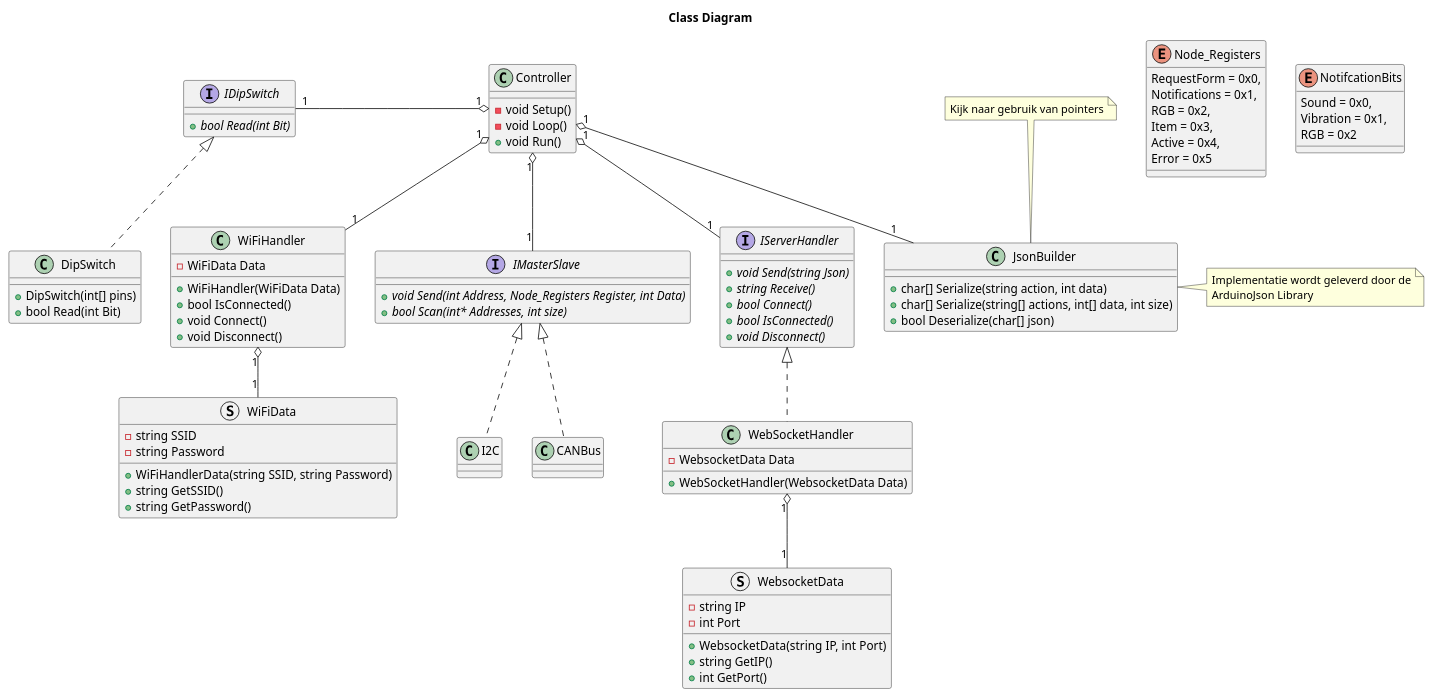
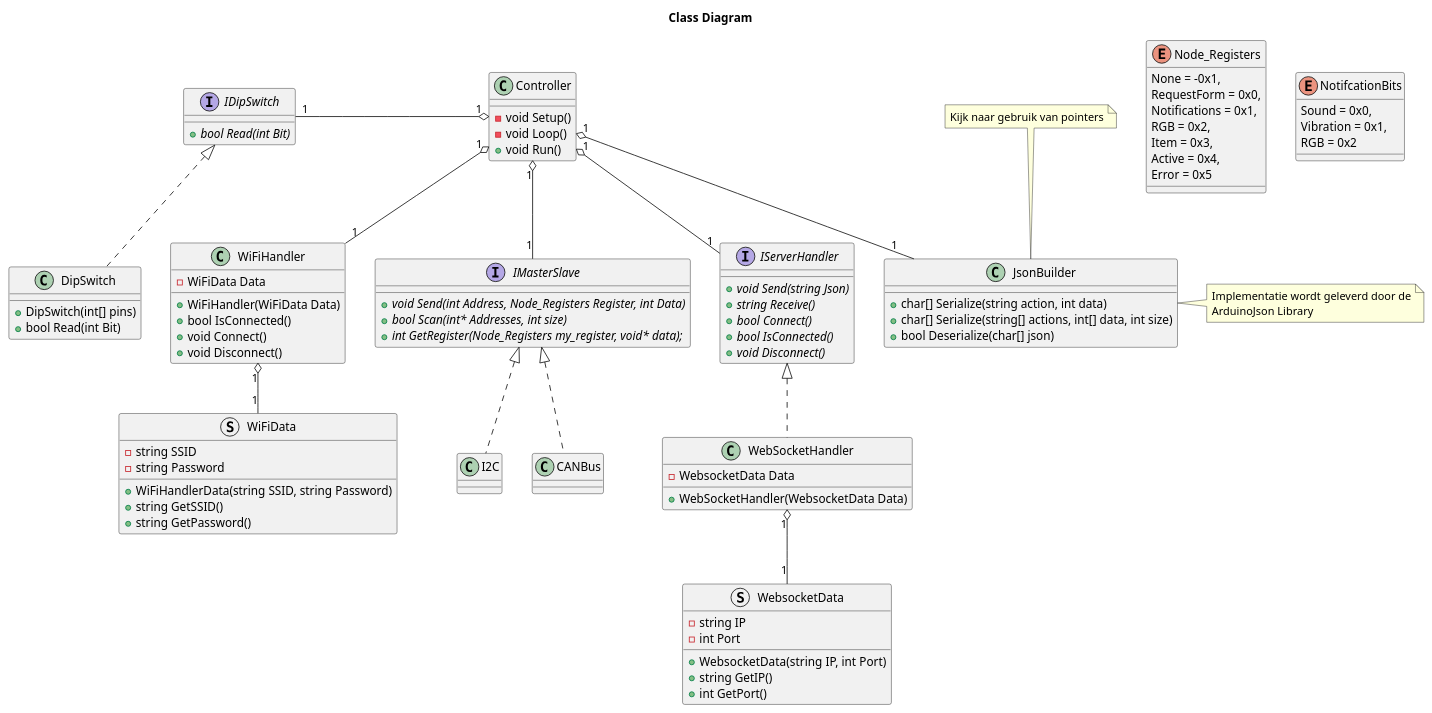
Before and after one commit to T3-FindIt/FindIt: the diagram in Designs/ESP-32/Design.wsd, drawn with PlantUML.

Commit message:
Added Method & Enumeration

```diff
--- a/Designs/ESP-32/Design.wsd
+++ b/Designs/ESP-32/Design.wsd
@@ -1,121 +1,123 @@
 @startuml ClassDiagram
 Title Class Diagram
 
 Class Controller
 {
     {method} - void Setup()
     {method} - void Loop()
     {method} + void Run()
 }
 
 Interface IServerHandler
 {
     {abstract} + void Send(string Json)
     {abstract} + string Receive()
     {abstract} + bool Connect()
     {abstract} + bool IsConnected()
     {abstract} + void Disconnect()
 }
 
 Class WiFiHandler
 {
     {field} - WiFiData Data
     {method} + WiFiHandler(WiFiData Data)
     {method} + bool IsConnected()
     {method} + void Connect()
     {method} + void Disconnect()
 }
 
 Class WebSocketHandler
 {
     {field} - WebsocketData Data
     {method} + WebSocketHandler(WebsocketData Data)
 }
 
 Struct WebsocketData
 {
     {field} - string IP
     {field} - int Port
 
     {method} + WebsocketData(string IP, int Port)
     {method} + string GetIP()
     {method} + int GetPort()
 }
 
 Struct WiFiData
 {
     {field} - string SSID
     {field} - string Password
 
     {method} + WiFiHandlerData(string SSID, string Password)
     {method} + string GetSSID()
     {method} + string GetPassword()
 }
 
 Interface IDipSwitch
 {
     {abstract} + bool Read(int Bit)
 }
 
 class DipSwitch
 {
     {method} + DipSwitch(int[] pins)
     {method} + bool Read(int Bit)
 }
 
 
 Interface IMasterSlave
 {
     {abstract} + void Send(int Address, Node_Registers Register, int Data)
     {abstract} + bool Scan(int* Addresses, int size)
+    {abstract} + int GetRegister(Node_Registers my_register, void* data);
 }
 
 enum Node_Registers
 {
+    None = -0x1,
     RequestForm = 0x0,
     Notifications = 0x1,
     RGB = 0x2,
     Item = 0x3,
     Active = 0x4,
     Error = 0x5
 }
 
 enum NotifcationBits 
 {
     Sound = 0x0,
     Vibration = 0x1,
     RGB = 0x2
 }
 
 
 Class JsonBuilder
 {
     {method} + char[] Serialize(string action, int data)
     {method} + char[] Serialize(string[] actions, int[] data, int size)
     {method} + bool Deserialize(char[] json)
 }
 
 note right of JsonBuilder : Implementatie wordt geleverd door de\nArduinoJson Library
 note top of JsonBuilder : Kijk naar gebruik van pointers
 
 ' EMPTY CLASSES
 Class CANBus
 Class I2C
 ' END OF EMPYY CLASSES 
 
 IMasterSlave <|.. I2C
 IMasterSlave <|.. CANBus
 IDipSwitch <|.. DipSwitch
 IServerHandler <|.. WebSocketHandler
 
 Controller "1" o-- "1" WiFiHandler
 Controller "1" o-- "1" IMasterSlave
 Controller "1" o-- "1" JsonBuilder
 Controller "1" o-left- "1" IDipSwitch
 Controller "1" o-- "1" IServerHandler
 
 WiFiHandler "1" o-- "1" WiFiData
 WebSocketHandler "1" o-- "1" WebsocketData
 
 
 @enduml
```
